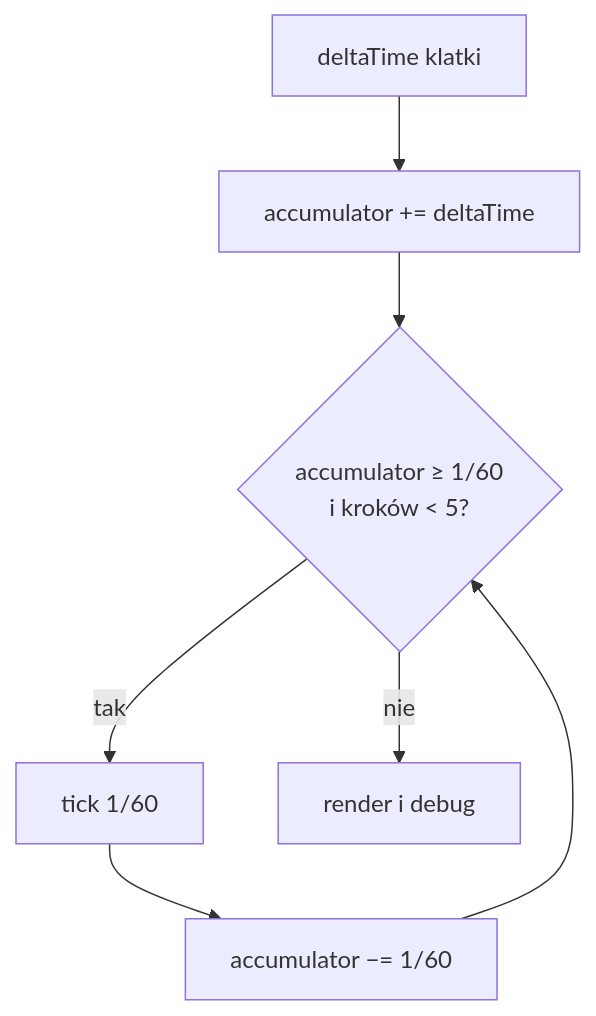
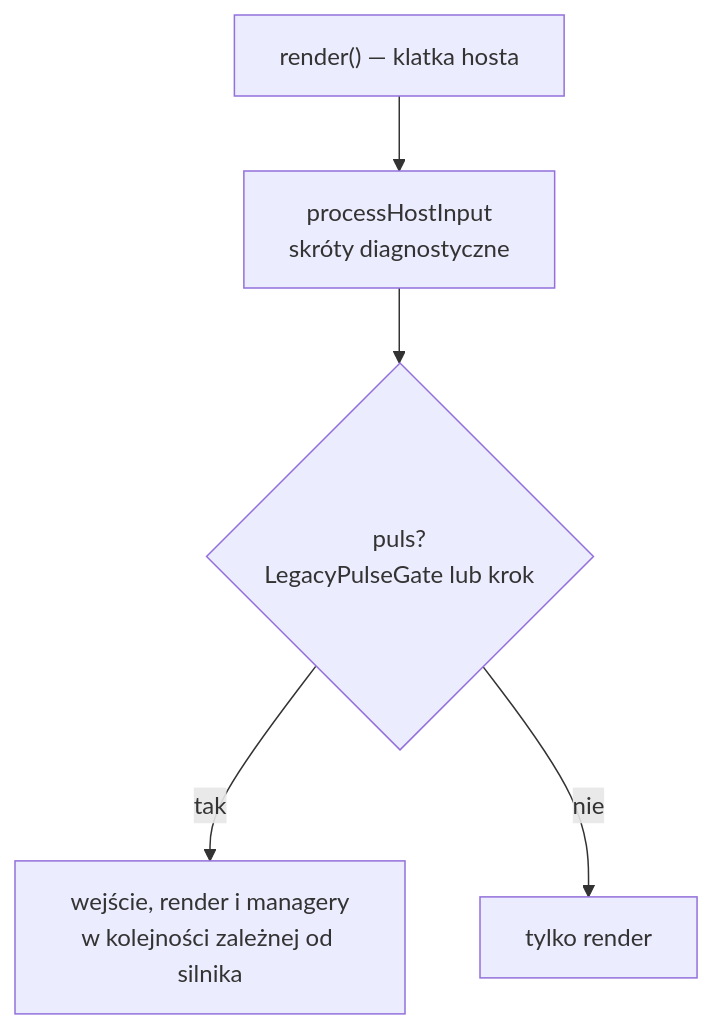
Before and after one commit to patryk025/Rex-EMoolator: the diagram in docs/pl/internals/loop.md, drawn with Mermaid. The commit also changed other lines of this file and 83 other files, not shown here.

````diff
--- a/docs/pl/internals/loop.md
+++ b/docs/pl/internals/loop.md
@@ -35,9 +17,7 @@
 ```mermaid
 flowchart TD
-    A[deltaTime klatki] --> B[accumulator += deltaTime]
-    B --> C{accumulator ≥ 1/60<br/>i kroków < 5?}
-    C -- tak --> D[tick 1/60]
-    D --> E[accumulator −= 1/60]
-    E --> C
-    C -- nie --> F[render i debug]
+    A["render() — klatka hosta"] --> B["processHostInput<br/>skróty diagnostyczne"]
+    B --> C{"puls?<br/>LegacyPulseGate lub krok"}
+    C -- tak --> D["wejście, render i managery<br/>w kolejności zależnej od silnika"]
+    C -- nie --> E["tylko render"]
 ```
````
